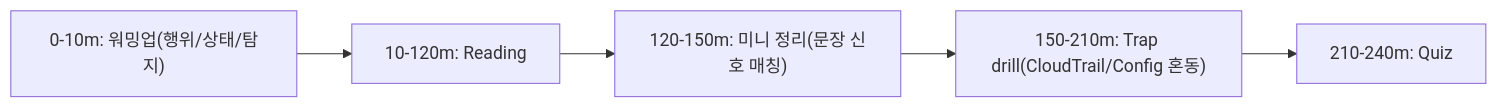
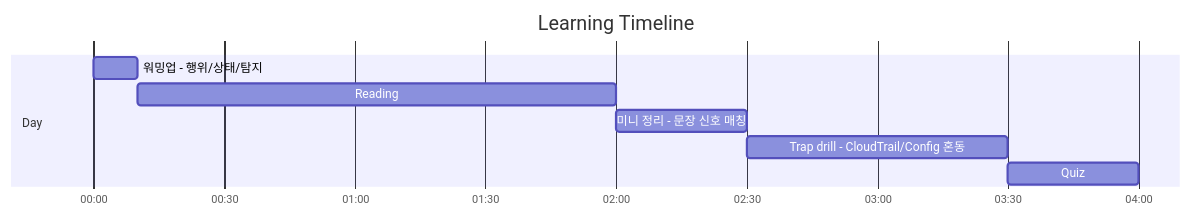
The first of 2 diagrams in aws-saa/week01/day03/README.md (niceguy61/aws-saa-lecture-2026), drawn with Mermaid before and after one commit. The commit also changed 21 other files, not shown here.

Commit message:
docs(aws-saa): use mermaid gantt for learning timelines

````diff
--- a/aws-saa/week01/day03/README.md
+++ b/aws-saa/week01/day03/README.md
@@ -24,7 +24,12 @@
 ```mermaid
-flowchart LR
-  A["0-10m: 워밍업(행위/상태/탐지)"] --> B["10-120m: Reading"]
-  B --> C["120-150m: 미니 정리(문장 신호 매칭)"]
-  C --> D["150-210m: Trap drill(CloudTrail/Config 혼동)"]
-  D --> E["210-240m: Quiz"]
+gantt
+  title Learning Timeline
+  dateFormat  HH:mm
+  axisFormat  %H:%M
+  section Day
+  워밍업 - 행위/상태/탐지 :t1, 00:00, 10m
+  Reading :t2, after t1, 110m
+  미니 정리 - 문장 신호 매칭 :t3, after t2, 30m
+  Trap drill - CloudTrail/Config 혼동 :t4, after t3, 60m
+  Quiz :t5, after t4, 30m
 ```
````
